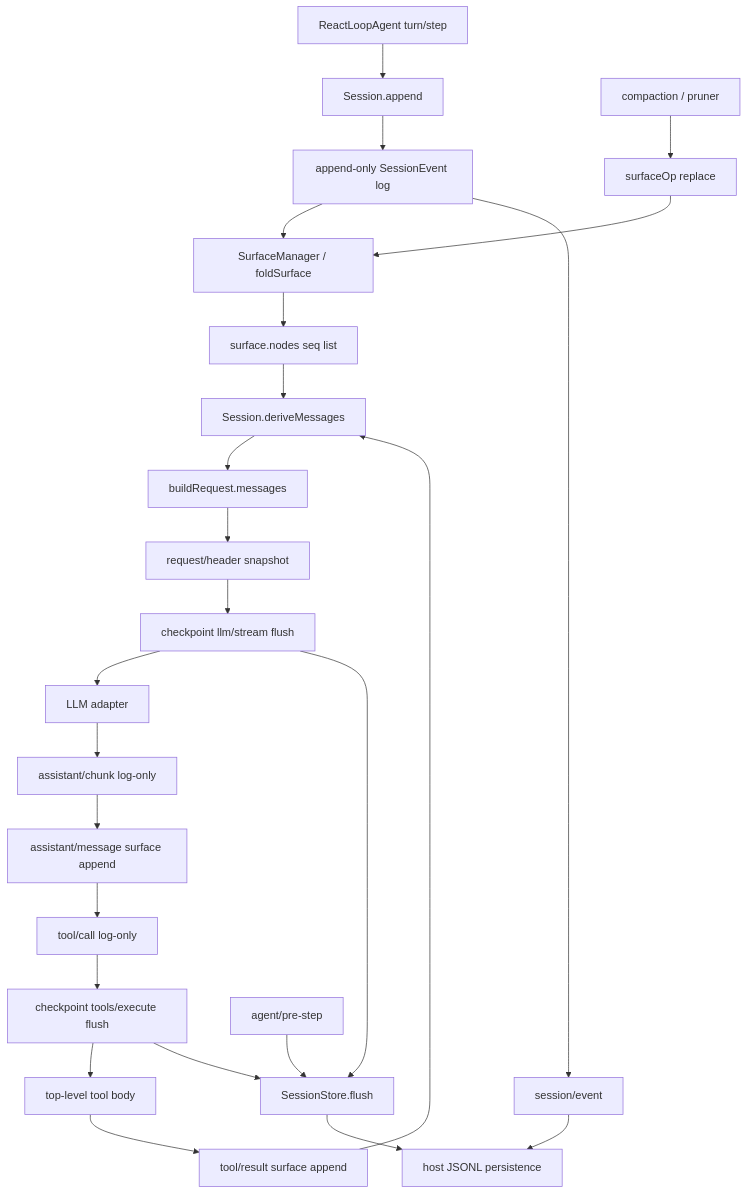
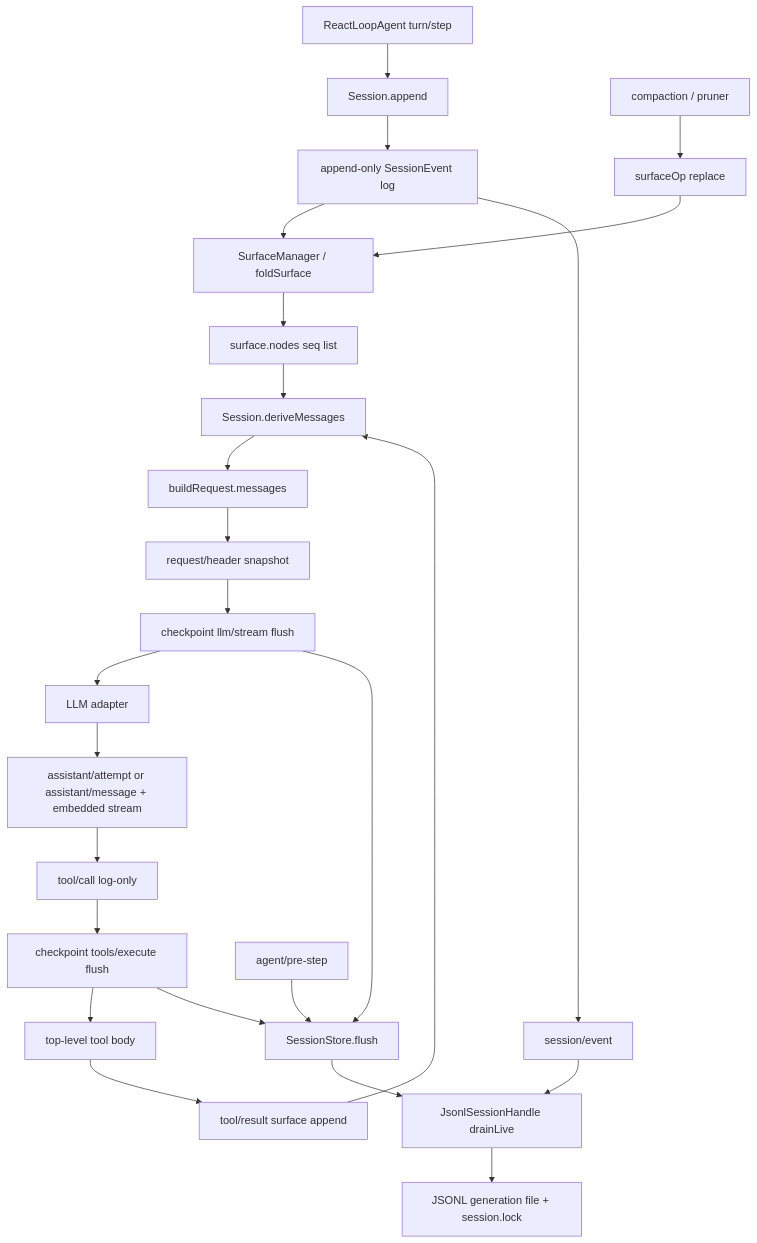
Before and after one commit to wdnmdtonyma/SOTA-Agent-LLM-Wiki: the diagram in docs/llm-wiki/deepseek-harness/spine/session-log.md, drawn with Mermaid. The commit also changed other lines of this file and 212 other files, not shown here.

````diff
--- a/docs/llm-wiki/deepseek-harness/spine/session-log.md
+++ b/docs/llm-wiki/deepseek-harness/spine/session-log.md
@@ -67,27 +72,27 @@
 ```mermaid
 flowchart TD
   Loop["ReactLoopAgent turn/step"] --> Append["Session.append"]
   Append --> Log["append-only SessionEvent log"]
   Log --> Fold["SurfaceManager / foldSurface"]
   Fold --> Nodes["surface.nodes seq list"]
   Nodes --> Derive["Session.deriveMessages"]
   Derive --> Req["buildRequest.messages"]
   Req --> Header["request/header snapshot"]
   Header --> CkptLlm["checkpoint llm/stream flush"]
   CkptLlm --> Adapter["LLM adapter"]
-  Adapter --> Chunk["assistant/chunk log-only"]
-  Chunk --> Asst["assistant/message surface append"]
-  Asst --> Call["tool/call log-only"]
+  Adapter --> Attempt["assistant/attempt or assistant/message + embedded stream"]
+  Attempt --> Call["tool/call log-only"]
   Call --> CkptTool["checkpoint tools/execute flush"]
   CkptTool --> Body["top-level tool body"]
   Body --> Result["tool/result surface append"]
   Result --> Derive
   Compact["compaction / pruner"] --> Replace["surfaceOp replace"]
   Replace --> Fold
   Log --> Bus["session/event"]
   CkptLlm --> Flush["SessionStore.flush"]
   CkptTool --> Flush
   Pre["agent/pre-step"] --> Flush
-  Flush --> Persist["host JSONL persistence"]
-  Bus --> Persist
+  Flush --> Handle["JsonlSessionHandle drainLive"]
+  Bus --> Handle
+  Handle --> Persist["JSONL generation file + session.lock"]
 ```
````
